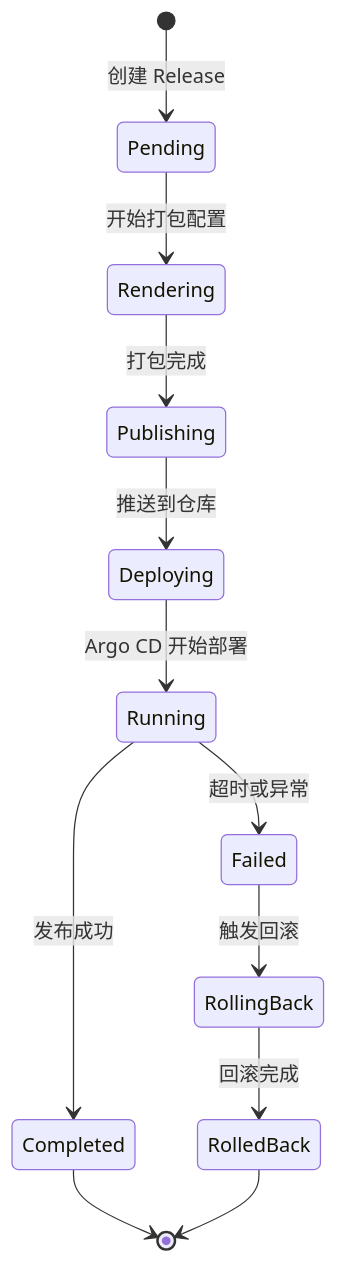
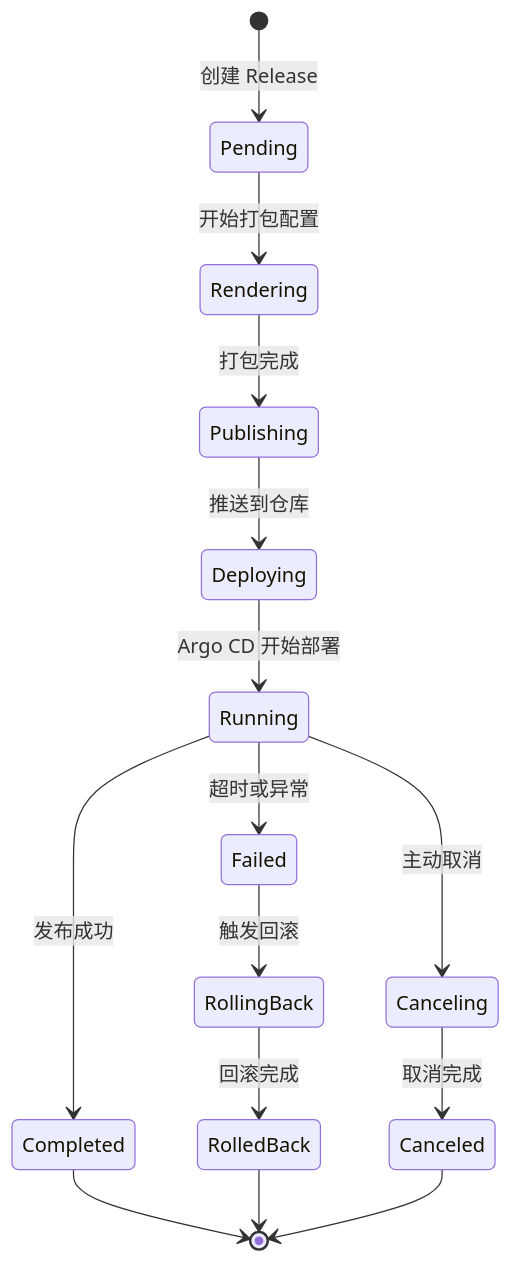
Before and after one commit to bsonger/devflow-document: the second of 2 diagrams in content/docs/architecture/lifecycle.md, drawn with Mermaid. The commit also changed other lines of this file and 3 other files, not shown here.

````diff
--- a/content/docs/architecture/lifecycle.md
+++ b/content/docs/architecture/lifecycle.md
@@ -177,14 +199,17 @@
 ```mermaid
 stateDiagram-v2
     [*] --> Pending: 创建 Release
     Pending --> Rendering: 开始打包配置
     Rendering --> Publishing: 打包完成
     Publishing --> Deploying: 推送到仓库
     Deploying --> Running: Argo CD 开始部署
     Running --> Completed: 发布成功
     Running --> Failed: 超时或异常
+    Running --> Canceling: 主动取消
+    Canceling --> Canceled: 取消完成
     Failed --> RollingBack: 触发回滚
     RollingBack --> RolledBack: 回滚完成
     Completed --> [*]
     RolledBack --> [*]
+    Canceled --> [*]
 ```
````
